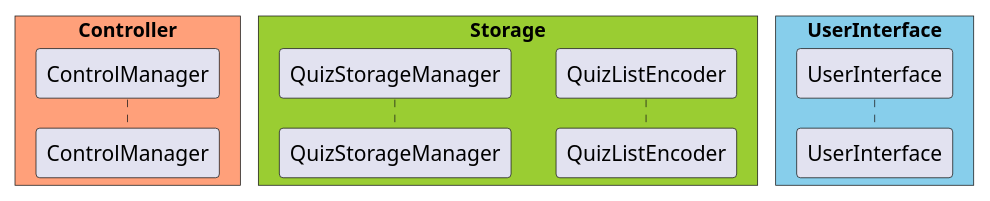
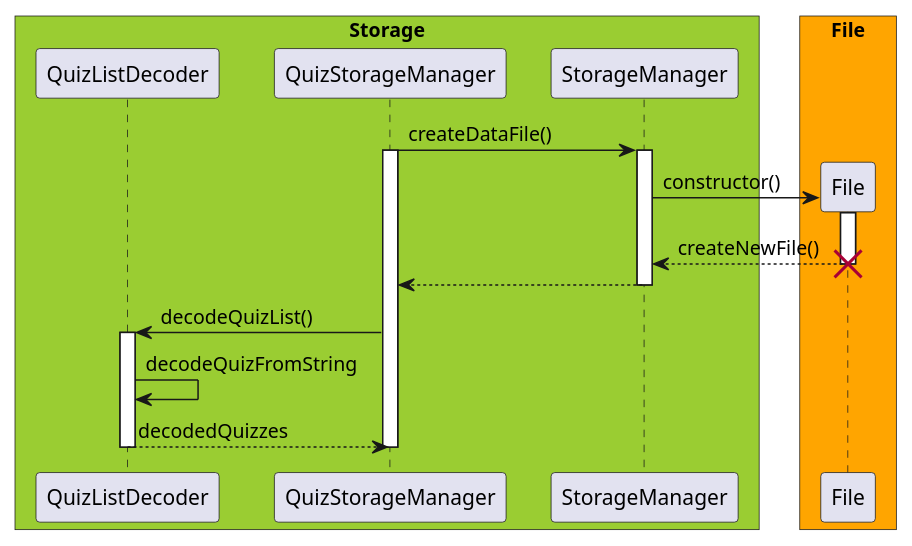
Before and after one commit to untitle4/tp: the diagram in docs/diagram/QuizReadStorage.puml, drawn with PlantUML. The commit also changed 1 other file, not shown here.

Commit message:
Add uml graph for quiz storage feature

```diff
--- a/docs/diagram/QuizReadStorage.puml
+++ b/docs/diagram/QuizReadStorage.puml
@@ -1,22 +1,34 @@
 @startuml
 
 skinparam ParticipantPadding 10
 skinparam BoxPadding 5
 
-box "Controller" #LightSalmon
-participant ControlManager
+box "Storage" #YellowGreen
+participant QuizListDecoder
+participant QuizStorageManager
+participant StorageManager
 end box
 
-box "Storage" #YellowGreen
-participant QuizStorageManager
-participant QuizListEncoder
+box "File" #orange
+participant File
 end box
 
-box "UserInterface" #skyblue
-participant UserInterface
-end box
-
-
+QuizStorageManager -> StorageManager : createDataFile()
+activate QuizStorageManager
+activate StorageManager
+StorageManager -> File ** : constructor()
+activate File
+File --> StorageManager : createNewFile()
+deactivate File
+destroy File
+StorageManager --> QuizStorageManager
+deactivate StorageManager
+QuizStorageManager -> QuizListDecoder : decodeQuizList()
+activate QuizListDecoder
+QuizListDecoder -> QuizListDecoder : decodeQuizFromString
+QuizListDecoder --> QuizStorageManager : decodedQuizzes
+deactivate QuizListDecoder
+deactivate QuizStorageManager
 
 
 @enduml
```
